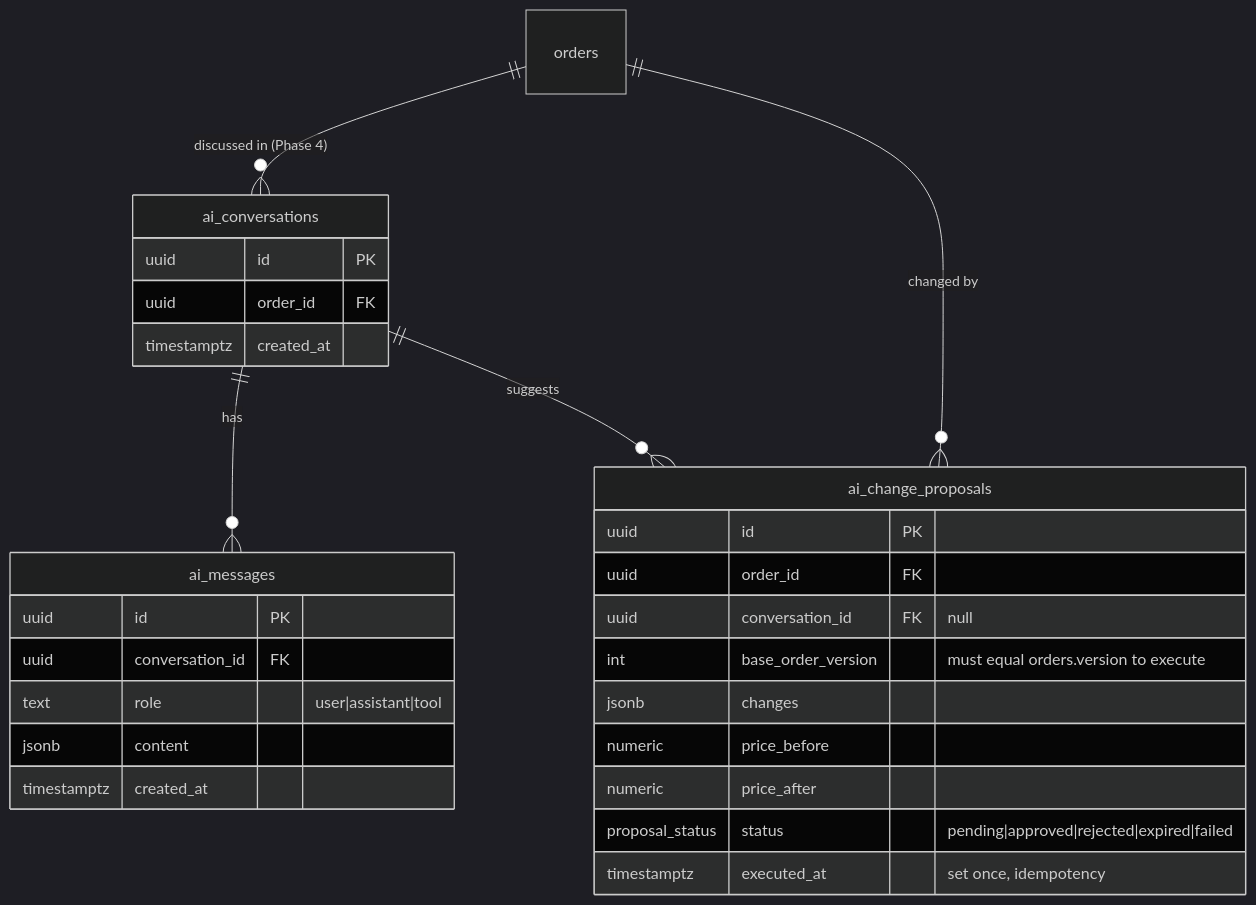
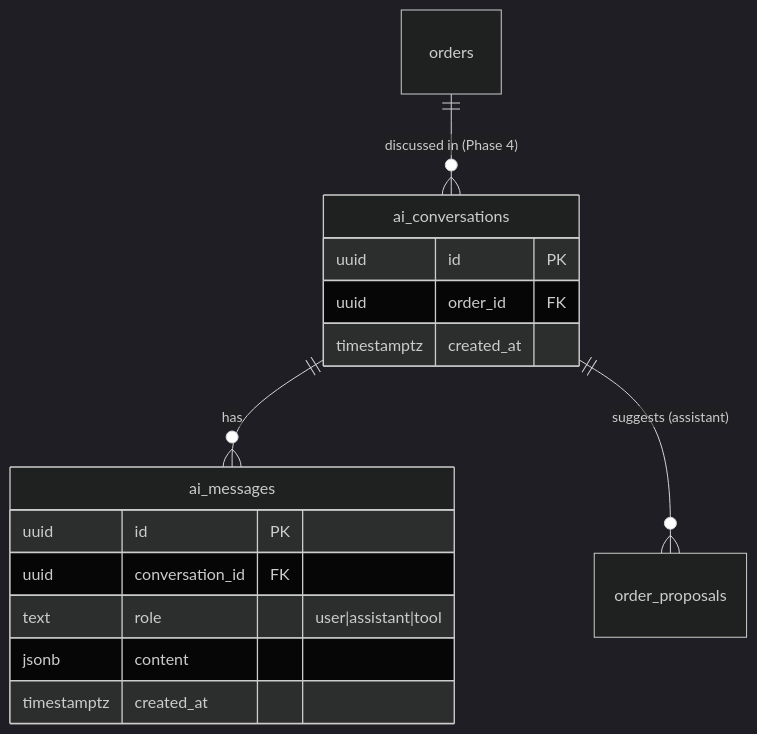
Before and after one commit to JonathanZouari/ai-catering-platform: the second of 2 diagrams in docs/ERD.md, drawn with Mermaid (dark theme). The commit also changed other lines of this file and 23 other files, not shown here.

````diff
--- a/docs/ERD.md
+++ b/docs/ERD.md
@@ -161,31 +178,19 @@
 ```mermaid
 erDiagram
     orders ||--o{ ai_conversations : "discussed in (Phase 4)"
     ai_conversations ||--o{ ai_messages : "has"
-    orders ||--o{ ai_change_proposals : "changed by"
-    ai_conversations ||--o{ ai_change_proposals : "suggests"
+    ai_conversations ||--o{ order_proposals : "suggests (assistant)"
 
     ai_conversations {
         uuid id PK
         uuid order_id FK
         timestamptz created_at
     }
     ai_messages {
         uuid id PK
         uuid conversation_id FK
         text role "user|assistant|tool"
         jsonb content
         timestamptz created_at
     }
-    ai_change_proposals {
-        uuid id PK
-        uuid order_id FK
-        uuid conversation_id FK "null"
-        int base_order_version "must equal orders.version to execute"
-        jsonb changes
-        numeric price_before
-        numeric price_after
-        proposal_status status "pending|approved|rejected|expired|failed"
-        timestamptz executed_at "set once, idempotency"
-    }
 ```
````
